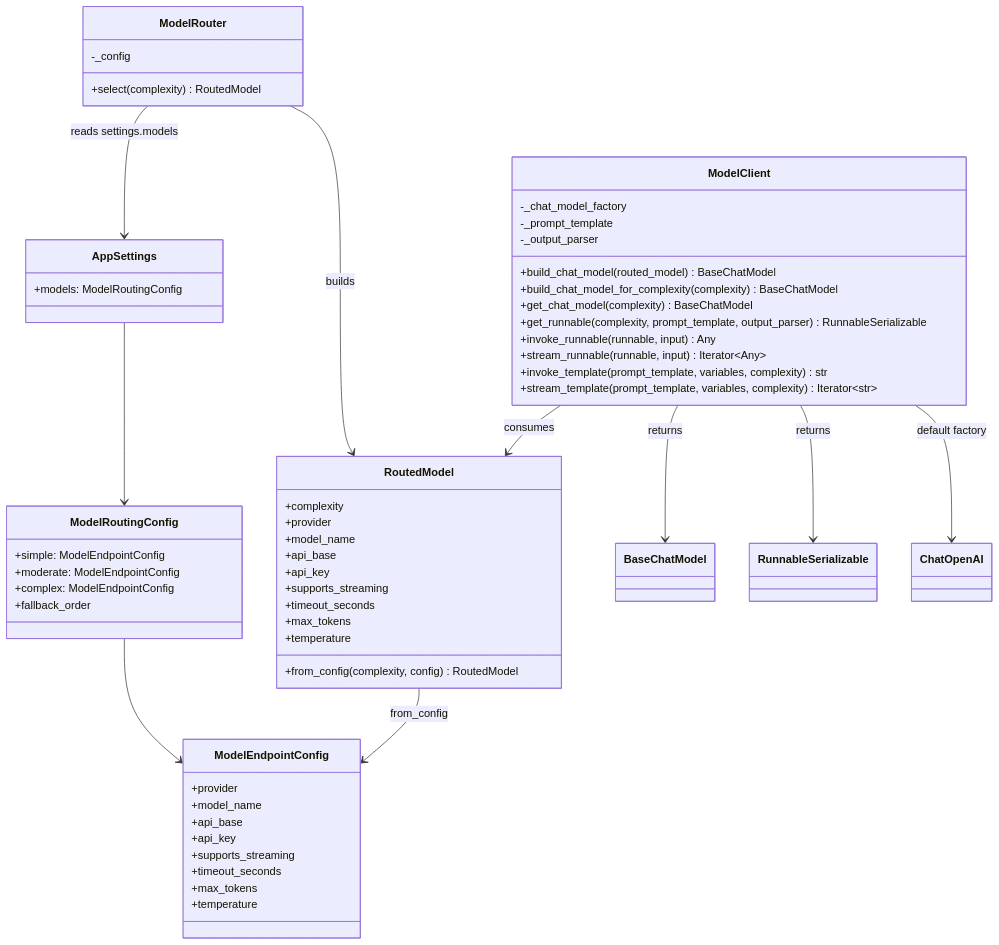
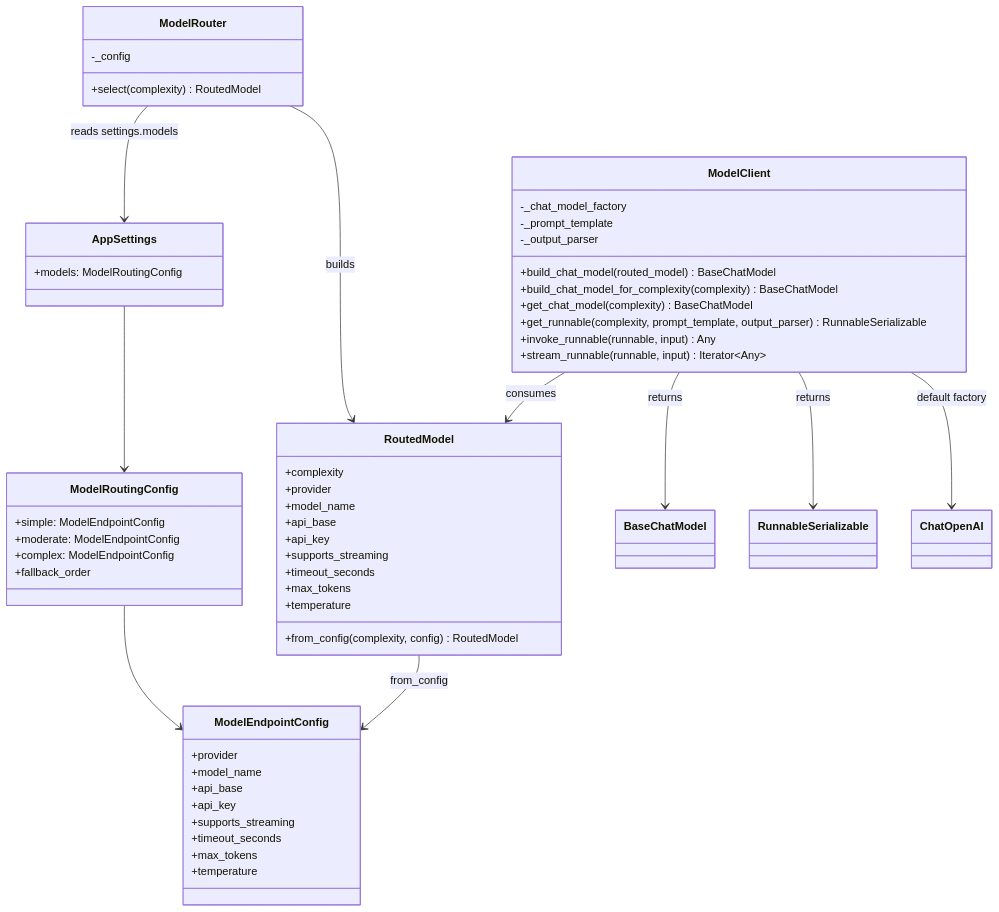
The first of 2 diagrams in backend/platform/models/README.md (John-zzy/Agentic-RAG-Project), drawn with Mermaid before and after one commit. The commit also changed other lines of this file and 145 other files, not shown here.

````diff
--- a/backend/platform/models/README.md
+++ b/backend/platform/models/README.md
@@ -217,72 +217,70 @@
 ```mermaid
 classDiagram
     direction TB
 
     class AppSettings {
       +models: ModelRoutingConfig
     }
 
     class ModelRoutingConfig {
       +simple: ModelEndpointConfig
       +moderate: ModelEndpointConfig
       +complex: ModelEndpointConfig
       +fallback_order
     }
 
     class ModelEndpointConfig {
       +provider
       +model_name
       +api_base
       +api_key
       +supports_streaming
       +timeout_seconds
       +max_tokens
       +temperature
     }
 
     class ModelRouter {
       -_config
       +select(complexity) RoutedModel
     }
 
     class RoutedModel {
       +complexity
       +provider
       +model_name
       +api_base
       +api_key
       +supports_streaming
       +timeout_seconds
       +max_tokens
       +temperature
       +from_config(complexity, config) RoutedModel
     }
 
     class ModelClient {
       -_chat_model_factory
       -_prompt_template
       -_output_parser
       +build_chat_model(routed_model) BaseChatModel
       +build_chat_model_for_complexity(complexity) BaseChatModel
       +get_chat_model(complexity) BaseChatModel
       +get_runnable(complexity, prompt_template, output_parser) RunnableSerializable
       +invoke_runnable(runnable, input) Any
       +stream_runnable(runnable, input) Iterator~Any~
-      +invoke_template(prompt_template, variables, complexity) str
-      +stream_template(prompt_template, variables, complexity) Iterator~str~
     }
 
     class BaseChatModel
     class RunnableSerializable
     class ChatOpenAI
 
     AppSettings --> ModelRoutingConfig
     ModelRoutingConfig --> ModelEndpointConfig
     ModelRouter --> AppSettings : reads settings.models
     ModelRouter --> RoutedModel : builds
     RoutedModel --> ModelEndpointConfig : from_config
     ModelClient --> RoutedModel : consumes
     ModelClient --> ChatOpenAI : default factory
     ModelClient --> BaseChatModel : returns
     ModelClient --> RunnableSerializable : returns
 ```
````
